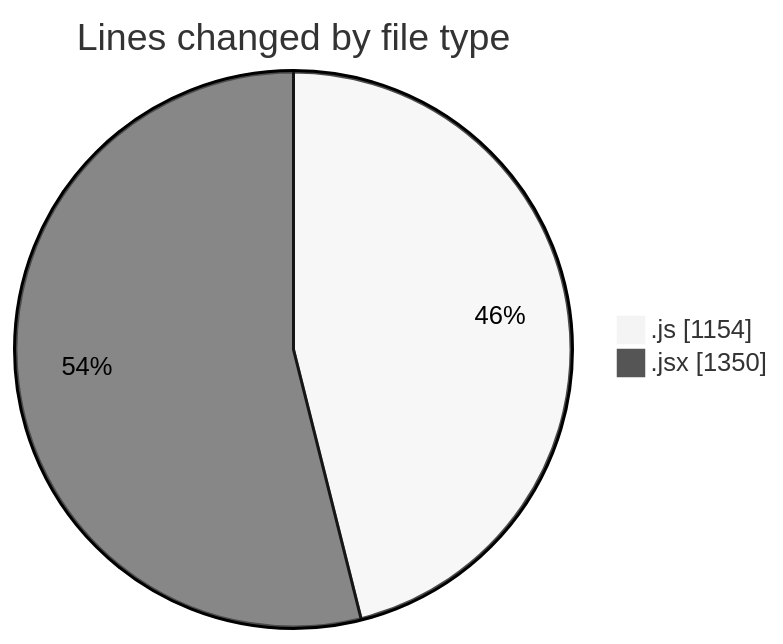
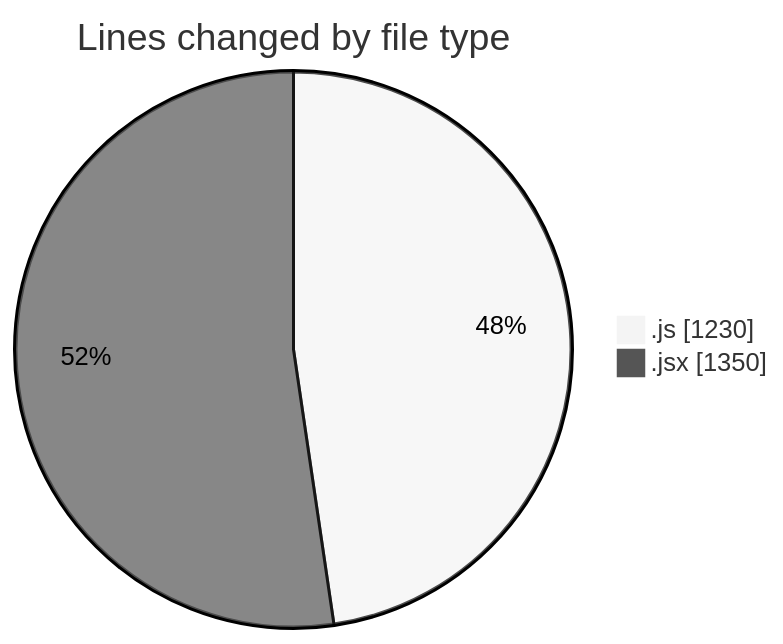
One commit to nxtqubesakshisongat/code-tracking changed the first of 2 diagrams in 2025-09-19/nxtqube_webapp/README.md. Above: the diagram before and after it, drawn with Mermaid (neutral theme). The commit also changed other lines of this file and 1 other file, not shown here.

````diff
--- a/2025-09-19/nxtqube_webapp/README.md
+++ b/2025-09-19/nxtqube_webapp/README.md
@@ -23,6 +23,6 @@
 ```mermaid
 pie showData
 title Lines changed by file type
-".js" : 1154
+".js" : 1230
 ".jsx" : 1350
 ```
````
